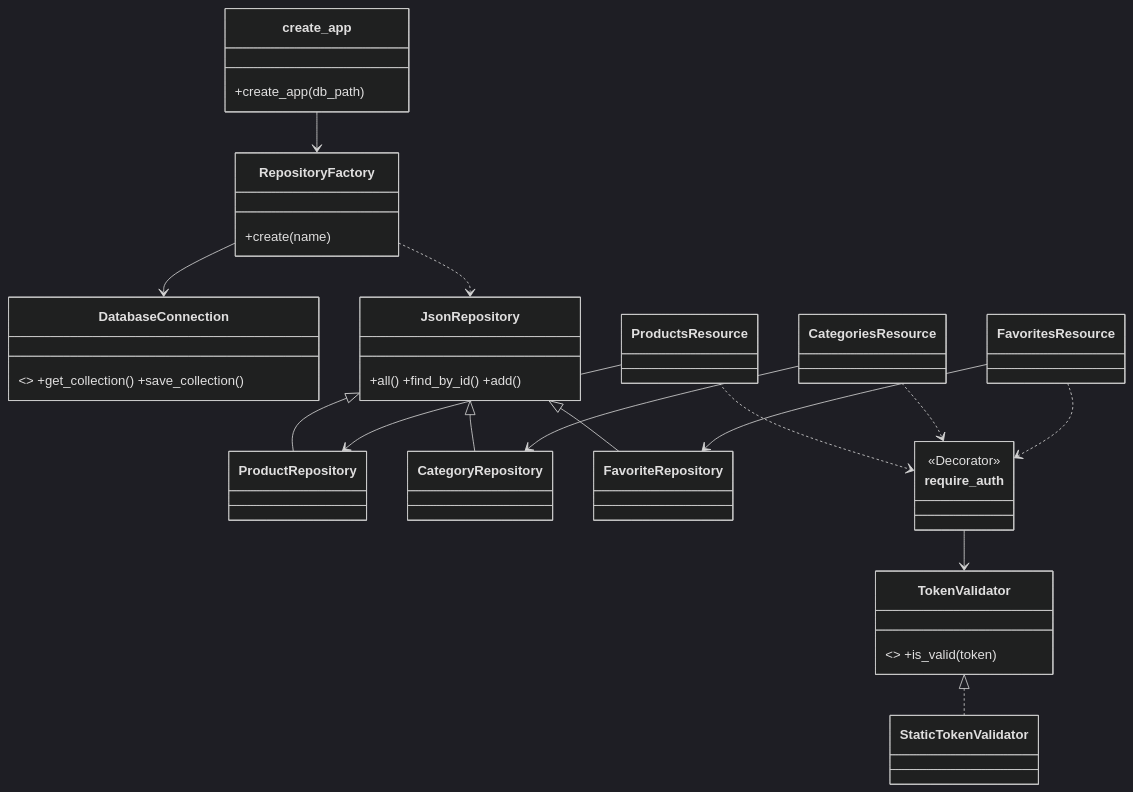
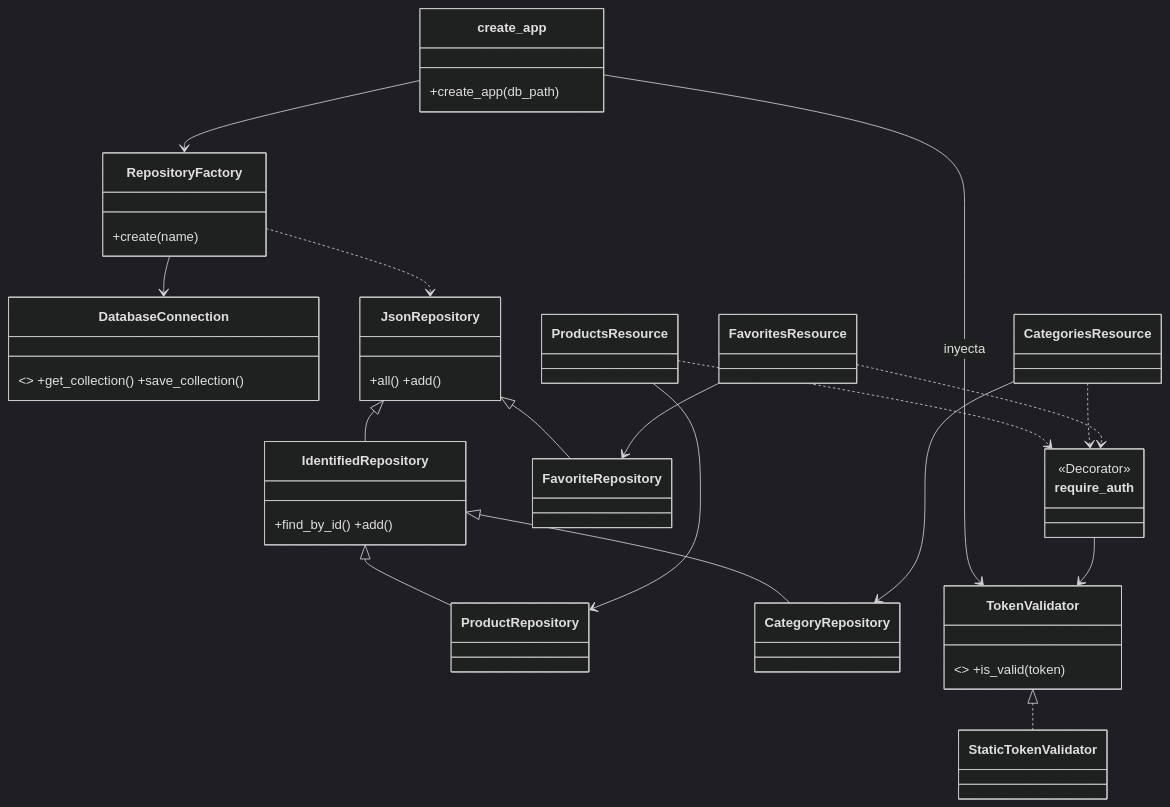
One commit to mhurtado1016/patrones-diseno-sw changed the second of 2 diagrams in REFLECTION.md. Above: the diagram before and after it, drawn with Mermaid (dark theme). The commit also changed other lines of this file and 14 other files, not shown here.

````diff
--- a/REFLECTION.md
+++ b/REFLECTION.md
@@ -65,30 +86,33 @@
 ```mermaid
 classDiagram
     class create_app{ +create_app(db_path) }
     class RepositoryFactory{ +create(name) }
     class DatabaseConnection{ <<Singleton>> +get_collection() +save_collection() }
-    class JsonRepository{ +all() +find_by_id() +add() }
+    class JsonRepository{ +all() +add() }
+    class IdentifiedRepository{ +find_by_id() +add() }
     class ProductRepository
     class CategoryRepository
     class FavoriteRepository
     class TokenValidator{ <<interface>> +is_valid(token) }
     class StaticTokenValidator
     class require_auth{ <<Decorator>> }
     class ProductsResource
     class CategoriesResource
     class FavoritesResource
     create_app --> RepositoryFactory
+    create_app --> TokenValidator : inyecta
     RepositoryFactory --> DatabaseConnection
     RepositoryFactory ..> JsonRepository
-    JsonRepository <|-- ProductRepository
-    JsonRepository <|-- CategoryRepository
+    JsonRepository <|-- IdentifiedRepository
+    IdentifiedRepository <|-- ProductRepository
+    IdentifiedRepository <|-- CategoryRepository
     JsonRepository <|-- FavoriteRepository
     TokenValidator <|.. StaticTokenValidator
     require_auth --> TokenValidator
     ProductsResource ..> require_auth
     CategoriesResource ..> require_auth
     FavoritesResource ..> require_auth
     ProductsResource --> ProductRepository
     CategoriesResource --> CategoryRepository
     FavoritesResource --> FavoriteRepository
 ```
````
